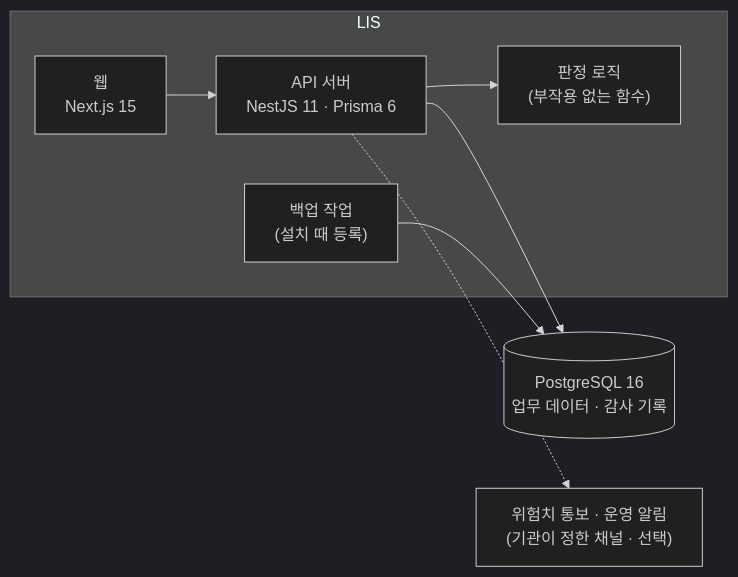
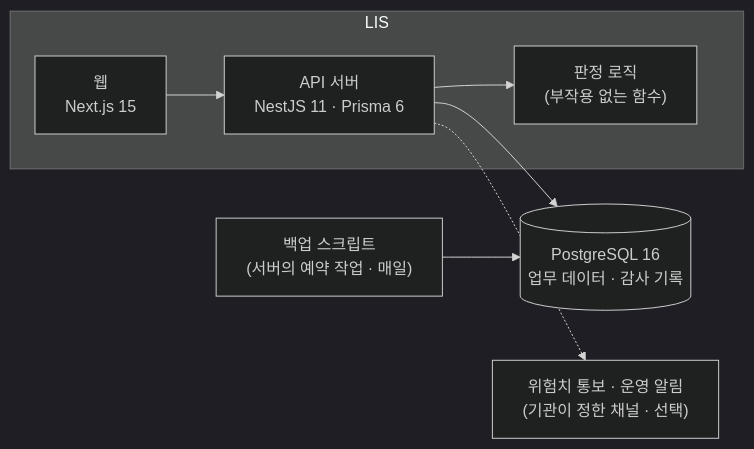
One commit to seanshin/werub-his-ecosystem changed the first of 2 diagrams in projects/lis.md. Above: the diagram before and after it, drawn with Mermaid (dark theme). The commit also changed other lines of this file and 15 other files, not shown here.

````diff
--- a/projects/lis.md
+++ b/projects/lis.md
@@ -85,16 +85,16 @@
 ```mermaid
 flowchart LR
   subgraph lis["LIS"]
     WEB["웹<br/>Next.js 15"]
     API["API 서버<br/>NestJS 11 · Prisma 6"]
     DOM["판정 로직<br/>(부작용 없는 함수)"]
-    BAK["백업 작업<br/>(설치 때 등록)"]
   end
+  BAK["백업 스크립트<br/>(서버의 예약 작업 · 매일)"]
   PG[("PostgreSQL 16<br/>업무 데이터 · 감사 기록")]
   NOTI["위험치 통보 · 운영 알림<br/>(기관이 정한 채널 · 선택)"]
   WEB --> API
   API --> DOM
   API --> PG
   BAK --> PG
   API -.-> NOTI
 ```
````
